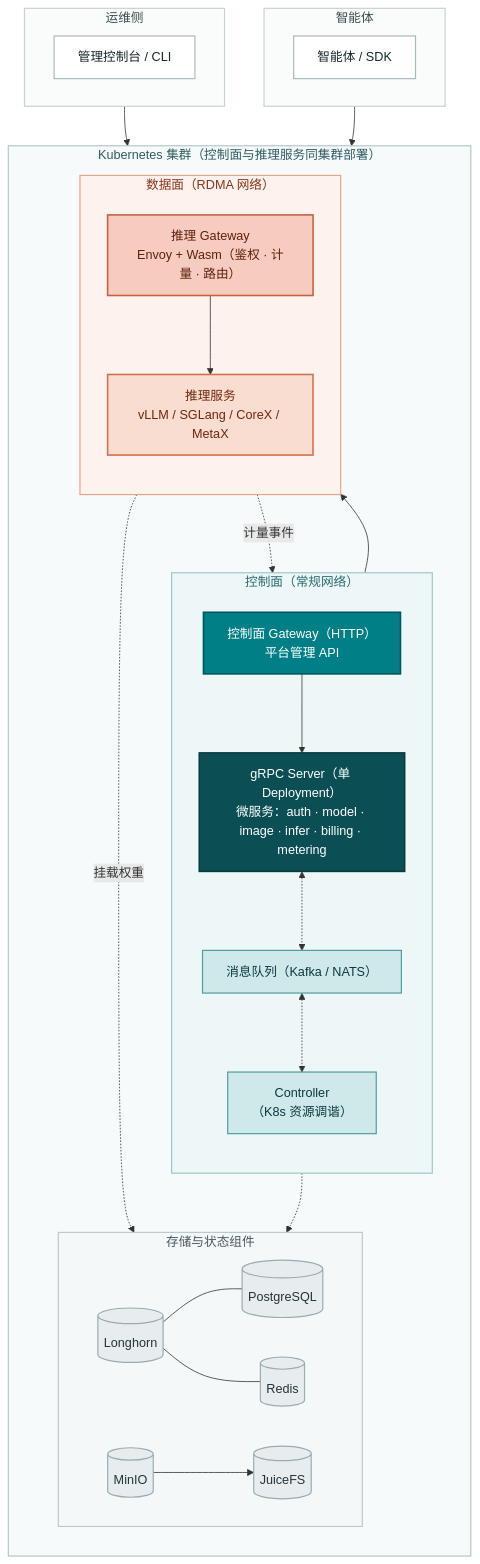
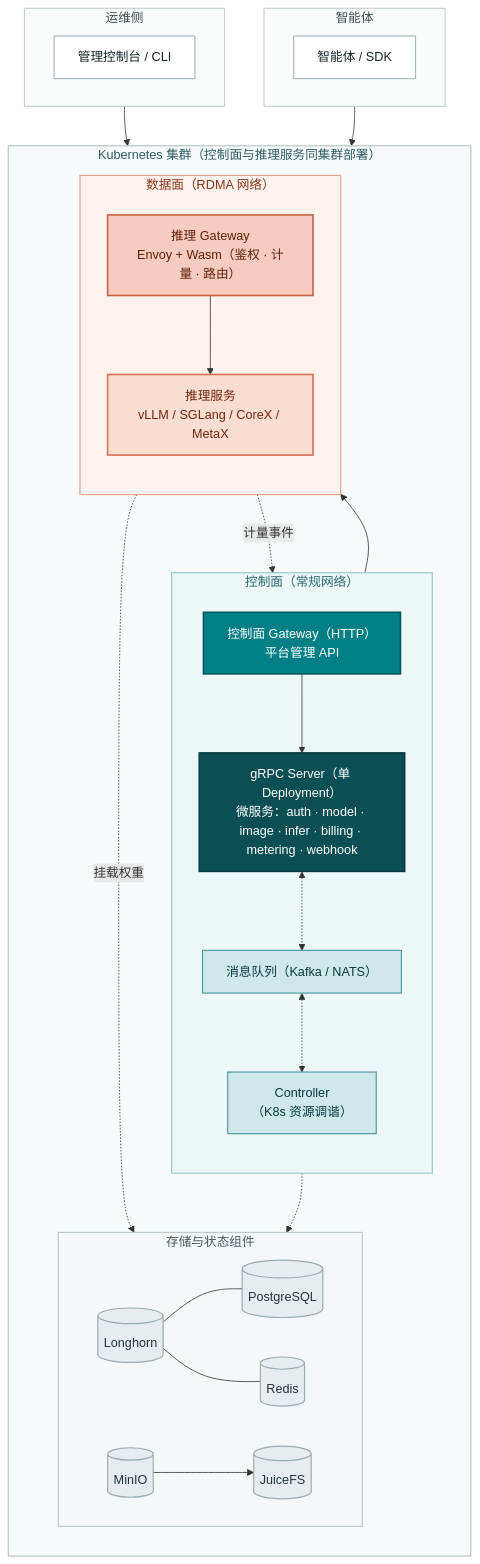
Before and after one commit to dhyabi2/go-taas: the diagram in README.zh-cn.md, drawn with Mermaid. The commit also changed other lines of this file and 50 other files, not shown here.

````diff
--- a/README.zh-cn.md
+++ b/README.zh-cn.md
@@ -49,70 +49,70 @@
 ```mermaid
 flowchart TD
     subgraph agents["智能体"]
         direction LR
         USER["智能体 / SDK"]
     end
 
     subgraph operators["运维侧"]
         direction LR
         ADMIN["管理控制台 / CLI"]
     end
 
     subgraph k8s["Kubernetes 集群（控制面与推理服务同集群部署）"]
         direction TB
         subgraph cp["控制面（常规网络）"]
             direction TB
             CGW["控制面 Gateway（HTTP）<br/>平台管理 API"]
-            GRPC["gRPC Server（单 Deployment）<br/>微服务：auth · model · image · infer · billing · metering"]
+            GRPC["gRPC Server（单 Deployment）<br/>微服务：auth · model · image · infer · billing · metering · webhook"]
             MQ["消息队列（Kafka / NATS）"]
             CTRL["Controller<br/>（K8s 资源调谐）"]
             CGW --> GRPC
             GRPC <-.-> MQ
             MQ <-.-> CTRL
         end
         subgraph dp["数据面（RDMA 网络）"]
             direction TB
             DGW["推理 Gateway<br/>Envoy + Wasm（鉴权 · 计量 · 路由）"]
             E["推理服务<br/>vLLM / SGLang / CoreX / MetaX"]
             DGW --> E
         end
         subgraph store["存储与状态组件"]
             direction LR
             LH[("Longhorn")]
             PG[("PostgreSQL")]
             RD[("Redis")]
             MINIO[("MinIO")]
             JFS[("JuiceFS")]
             LH --- PG
             LH --- RD
             MINIO --> JFS
         end
         GRPC -.-> store
         CTRL --> E
     end
 
     ADMIN --> CGW
     USER --> DGW
     DGW -.->|计量事件| MQ
     E -.->|挂载权重| JFS
     classDef consumer fill:#FFFFFF,stroke:#A9BABD,stroke-width:1.5px,color:#17272B
     classDef edge fill:#007F86,stroke:#00565C,stroke-width:2px,color:#FFFFFF
     classDef core fill:#0B4F55,stroke:#083B40,stroke-width:2px,color:#FFFFFF
     classDef svc fill:#CFE9EA,stroke:#4E9CA0,stroke-width:1.5px,color:#0B383D
     classDef store fill:#E7ECEE,stroke:#9AACB1,stroke-width:1.5px,color:#23343A
     classDef gpu fill:#FADDD1,stroke:#D2704E,stroke-width:2px,color:#71260E
     classDef dpg fill:#F6CCC0,stroke:#C4623F,stroke-width:2px,color:#5F200A
     class ADMIN,USER consumer
     class CGW edge
     class GRPC core
     class MQ,CTRL svc
     class LH,PG,RD,MINIO,JFS store
     class DGW dpg
     class E gpu
     style agents fill:#FAFCFC,stroke:#C6D2D4,stroke-width:1.5px,color:#3B4C50
     style operators fill:#FAFCFC,stroke:#C6D2D4,stroke-width:1.5px,color:#3B4C50
     style k8s fill:#F6FAFA,stroke:#B4C7CA,stroke-width:1.5px,color:#2F5B60
     style cp fill:#EDF7F7,stroke:#9CC7C9,stroke-width:1.5px,color:#2A6A6F
     style dp fill:#FDF2ED,stroke:#E4A48B,stroke-width:1.5px,color:#8A3419
     style store fill:#F5F8F9,stroke:#BCC9CD,stroke-width:1.5px,color:#47595E
 ```
````
